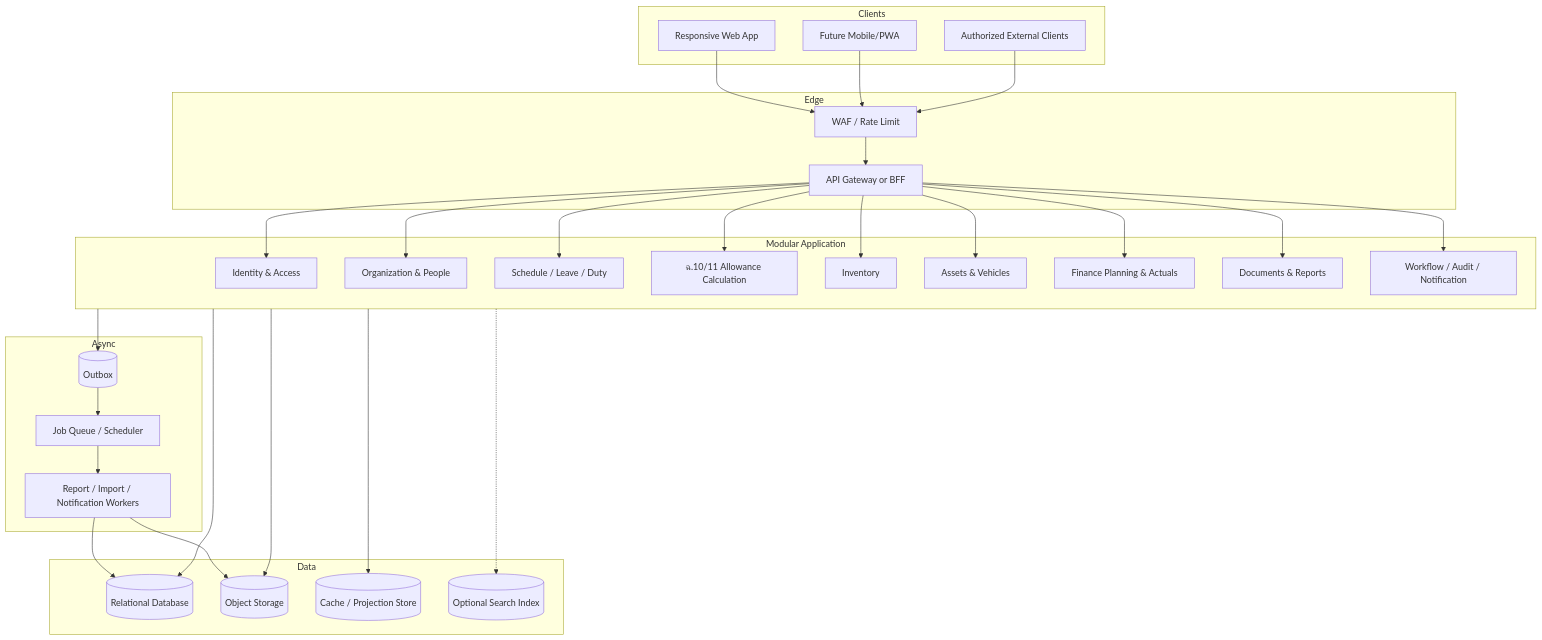
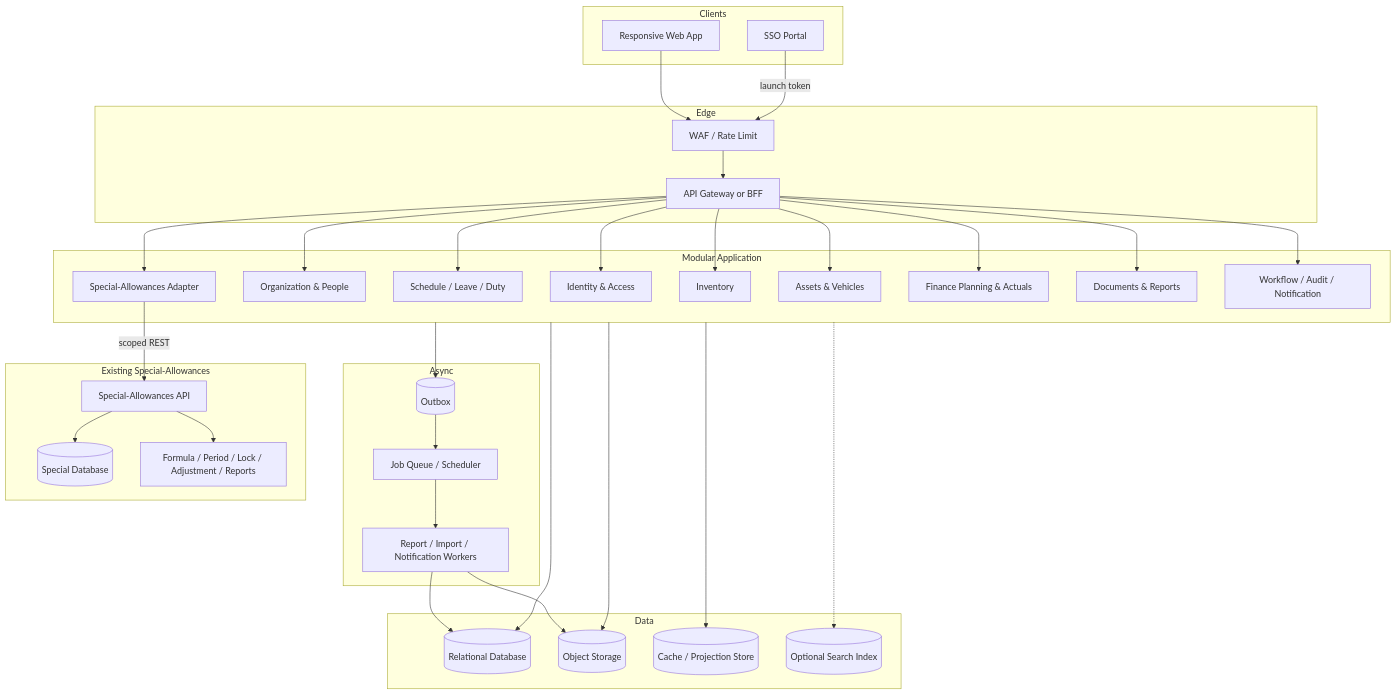
One commit to sarifmanung/One-Data-System-YalaPao changed diagram 13 of 13 in One Data System - Reimplementation Blueprint.md. Above: the diagram before and after it, drawn with Mermaid. The commit also changed other lines of this file, not shown here.

````diff
--- a/One Data System - Reimplementation Blueprint.md
+++ b/One Data System - Reimplementation Blueprint.md
@@ -1338,58 +1418,65 @@
 ```mermaid
 flowchart TB
     subgraph Clients
       Web[Responsive Web App]
-      Mobile[Future Mobile/PWA]
-      External[Authorized External Clients]
+      Portal[SSO Portal]
     end
 
     subgraph Edge
       WAF[WAF / Rate Limit]
       BFF[API Gateway or BFF]
     end
 
     subgraph Application[Modular Application]
       IAM[Identity & Access]
       ORG[Organization & People]
       WORK[Schedule / Leave / Duty]
-      ALLOW[ฉ.10/11 Allowance Calculation]
+      INT[Special-Allowances Adapter]
       INV[Inventory]
       ASSET[Assets & Vehicles]
       FIN[Finance Planning & Actuals]
       DOC[Documents & Reports]
       GOV[Workflow / Audit / Notification]
     end
 
     subgraph Data
       DB[(Relational Database)]
       OBJ[(Object Storage)]
       CACHE[(Cache / Projection Store)]
       SEARCH[(Optional Search Index)]
     end
 
     subgraph Async
       OUTBOX[(Outbox)]
       JOBS[Job Queue / Scheduler]
       WORKERS[Report / Import / Notification Workers]
     end
 
+    subgraph ExistingSystem[Existing Special-Allowances]
+      SAPI[Special-Allowances API]
+      SDB[(Special Database)]
+      SCALC[Formula / Period / Lock / Adjustment / Reports]
+    end
+
     Web --> WAF --> BFF
-    Mobile --> WAF
-    External --> WAF
+    Portal -->|launch token| WAF
     BFF --> IAM
     BFF --> ORG
     BFF --> WORK
-    BFF --> ALLOW
+    BFF --> INT
     BFF --> INV
     BFF --> ASSET
     BFF --> FIN
     BFF --> DOC
     BFF --> GOV
     Application --> DB
     Application --> OBJ
     Application --> CACHE
     Application -.-> SEARCH
     Application --> OUTBOX --> JOBS --> WORKERS
     WORKERS --> DB
     WORKERS --> OBJ
+    INT -->|scoped REST| SAPI
+    SAPI --> SDB
+    SAPI --> SCALC
 ```
````
